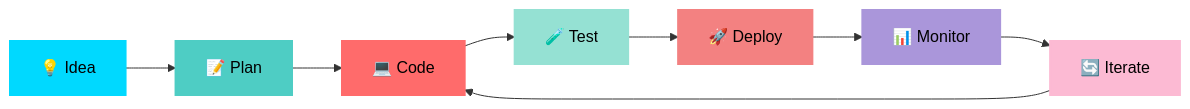
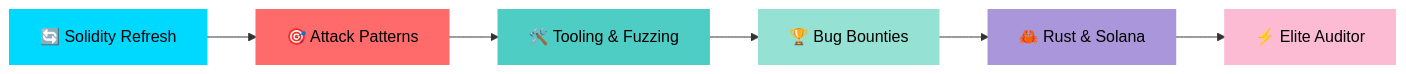
The diagram in README.md (sum1t-here/sum1t-here), drawn with Mermaid before and after one commit. The commit also changed other lines of this file, not shown here.

````diff
--- a/README.md
+++ b/README.md
@@ -264,18 +108,15 @@
 ```mermaid
 graph LR
-    A[💡 Idea] --> B[📝 Plan]
-    B --> C[💻 Code]
-    C --> D[🧪 Test]
-    D --> E[🚀 Deploy]
-    E --> F[📊 Monitor]
-    F --> G[🔄 Iterate]
-    G --> C
-    
+    A[🔄 Solidity Refresh] --> B[🎯 Attack Patterns]
+    B --> C[🛠️ Tooling & Fuzzing]
+    C --> D[🏆 Bug Bounties]
+    D --> E[🦀 Rust & Solana]
+    E --> F[⚡ Elite Auditor]
+
     style A fill:#00D9FF,stroke:#00D9FF,stroke-width:2px,color:#000
-    style B fill:#4ECDC4,stroke:#4ECDC4,stroke-width:2px,color:#000
-    style C fill:#FF6B6B,stroke:#FF6B6B,stroke-width:2px,color:#000
+    style B fill:#FF6B6B,stroke:#FF6B6B,stroke-width:2px,color:#000
+    style C fill:#4ECDC4,stroke:#4ECDC4,stroke-width:2px,color:#000
     style D fill:#95E1D3,stroke:#95E1D3,stroke-width:2px,color:#000
-    style E fill:#F38181,stroke:#F38181,stroke-width:2px,color:#000
-    style F fill:#AA96DA,stroke:#AA96DA,stroke-width:2px,color:#000
-    style G fill:#FCBAD3,stroke:#FCBAD3,stroke-width:2px,color:#000
+    style E fill:#AA96DA,stroke:#AA96DA,stroke-width:2px,color:#000
+    style F fill:#FCBAD3,stroke:#FCBAD3,stroke-width:2px,color:#000
 ```
````
